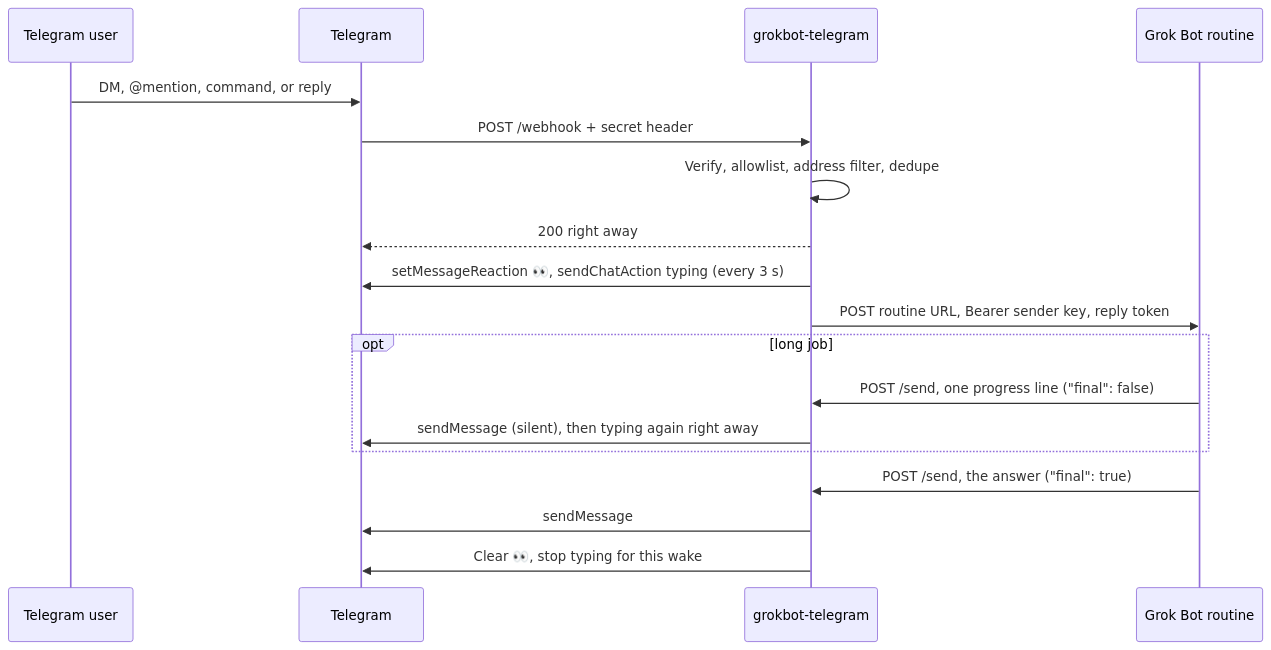
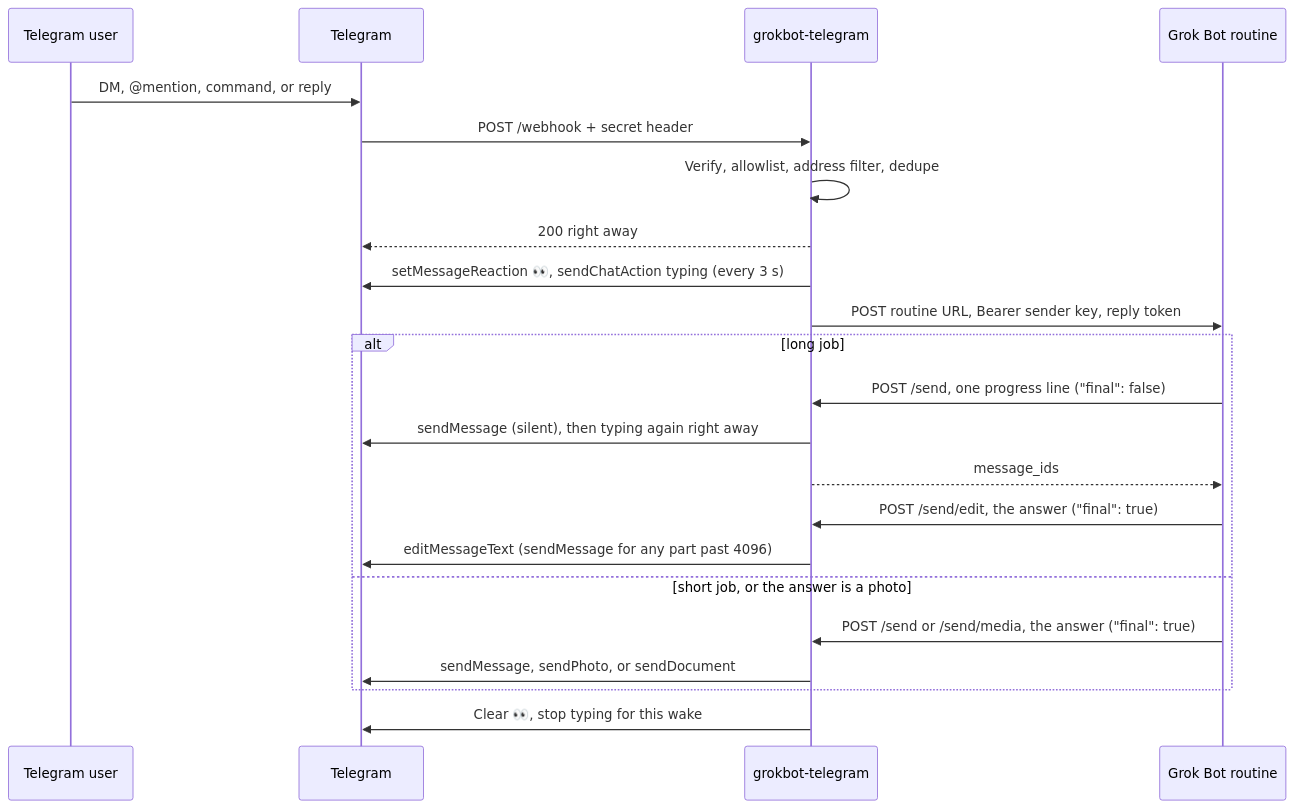
One commit to asmagin/grokbot-telegram changed the diagram in README.md. Above: the diagram before and after it, drawn with Mermaid. The commit also changed other lines of this file and 19 other files, not shown here.

First line of the commit message:
feat: edit a wake's progress message in place

````diff
--- a/README.md
+++ b/README.md
@@ -29,21 +29,25 @@
 ```mermaid
 sequenceDiagram
   participant User as Telegram user
   participant TG as Telegram
   participant Bridge as grokbot-telegram
   participant Grok as Grok Bot routine
 
   User->>TG: DM, @mention, command, or reply
   TG->>Bridge: POST /webhook + secret header
   Bridge->>Bridge: Verify, allowlist, address filter, dedupe
   Bridge-->>TG: 200 right away
   Bridge->>TG: setMessageReaction 👀, sendChatAction typing (every 3 s)
   Bridge->>Grok: POST routine URL, Bearer sender key, reply token
-  opt long job
+  alt long job
     Grok->>Bridge: POST /send, one progress line ("final": false)
     Bridge->>TG: sendMessage (silent), then typing again right away
+    Bridge-->>Grok: message_ids
+    Grok->>Bridge: POST /send/edit, the answer ("final": true)
+    Bridge->>TG: editMessageText (sendMessage for any part past 4096)
+  else short job, or the answer is a photo
+    Grok->>Bridge: POST /send or /send/media, the answer ("final": true)
+    Bridge->>TG: sendMessage, sendPhoto, or sendDocument
   end
-  Grok->>Bridge: POST /send, the answer ("final": true)
-  Bridge->>TG: sendMessage
   Bridge->>TG: Clear 👀, stop typing for this wake
 ```
````
